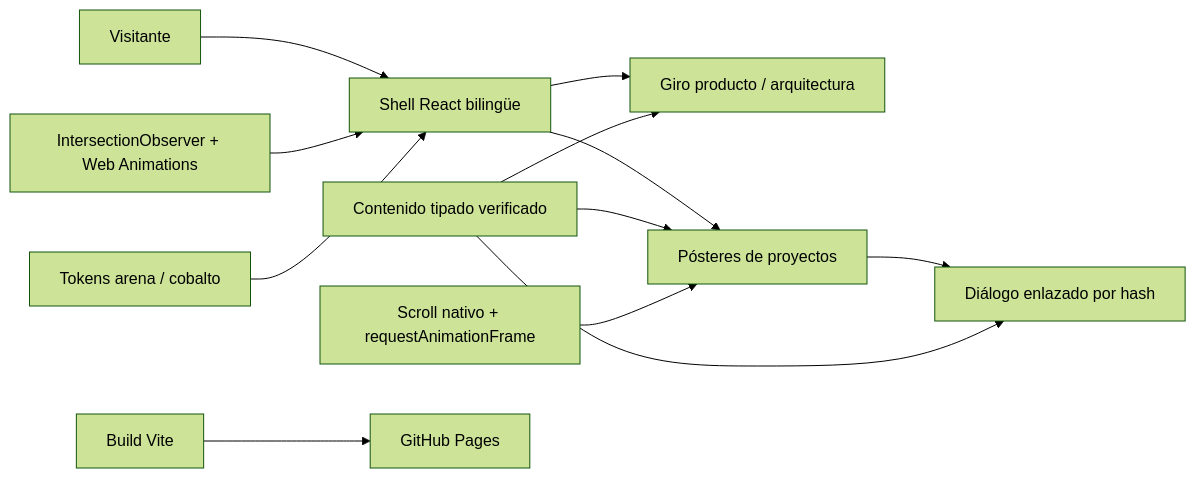
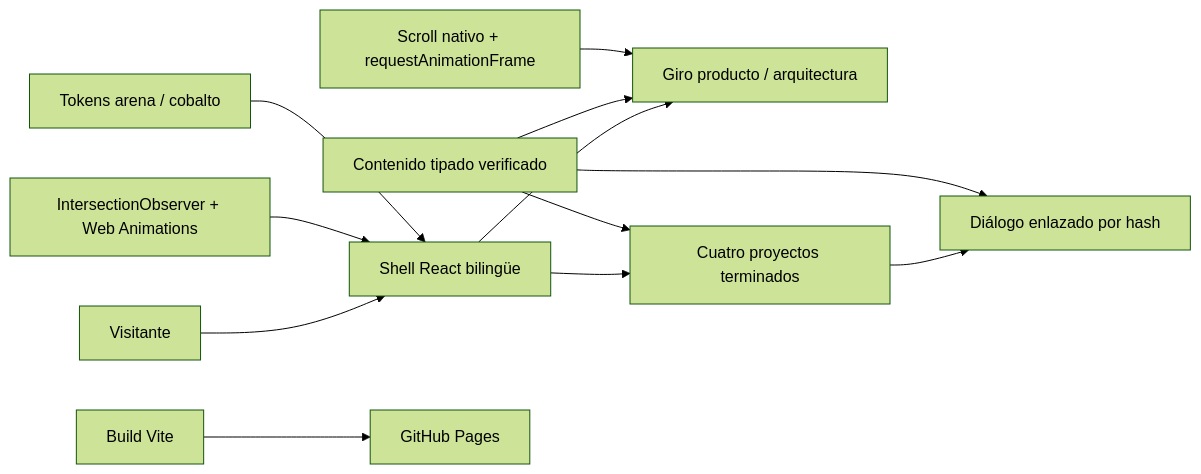
The diagram in README.es.md (kevin0018/portfolio), drawn with Mermaid (forest theme) before and after one commit. The commit also changed other lines of this file and 8 other files, not shown here.

````diff
--- a/README.es.md
+++ b/README.es.md
@@ -36,14 +35,14 @@
 ```mermaid
 flowchart LR
   visitor["Visitante"] --> app["Shell React bilingüe"]
   app --> hero["Giro producto / arquitectura"]
-  app --> work["Pósteres de proyectos"]
+  app --> work["Cuatro proyectos terminados"]
   work --> cases["Diálogo enlazado por hash"]
   content["Contenido tipado verificado"] --> hero
   content --> work
   content --> cases
-  scroll["Scroll nativo + requestAnimationFrame"] --> work
+  scroll["Scroll nativo + requestAnimationFrame"] --> hero
   observer["IntersectionObserver + Web Animations"] --> app
   tokens["Tokens arena / cobalto"] --> app
   vite["Build Vite"] --> pages["GitHub Pages"]
 ```
````
